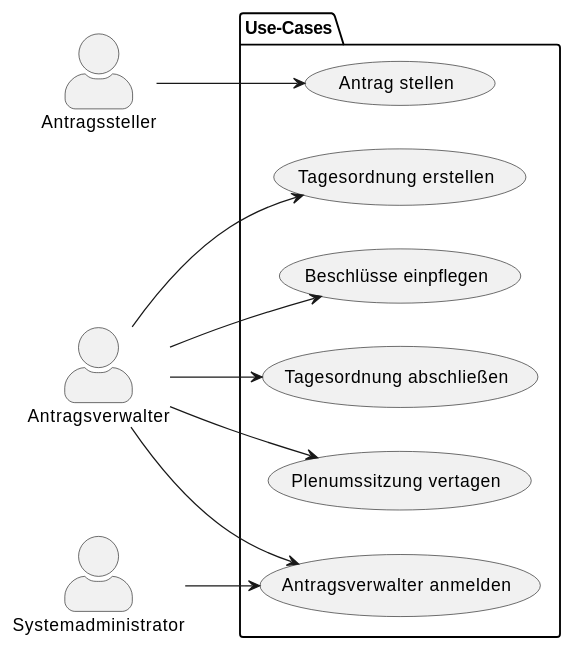
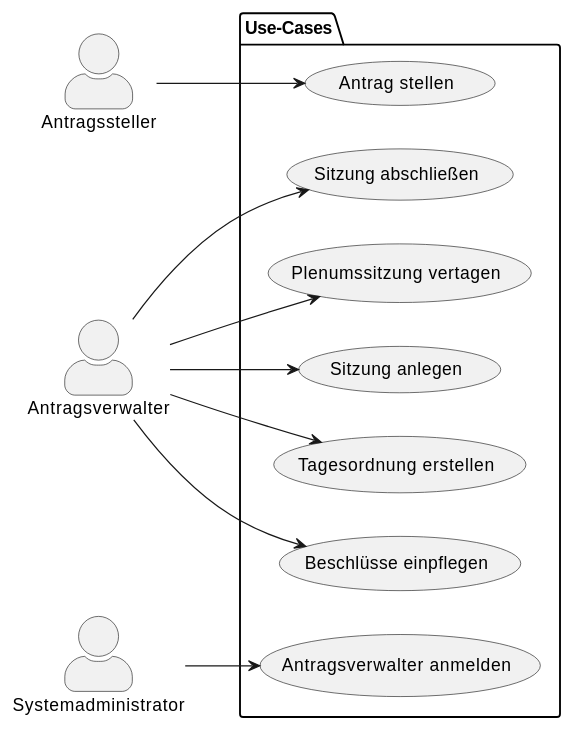
The diagram in docs_SE_II/Aktualisierte Anforderungsspezifikation/use-case_model.adoc (ABV-Tool/ABV_Tool), drawn with PlantUML before and after one commit. The commit also changed other lines of this file and 2 other files, not shown here.

```diff
--- a/docs_SE_II/Aktualisierte Anforderungsspezifikation/use-case_model.adoc
+++ b/docs_SE_II/Aktualisierte Anforderungsspezifikation/use-case_model.adoc
@@ -41,27 +43,31 @@
 [plantuml, "{diagramsdir}/use-case-diagramm", svg]
 ....
 @startuml
 left to right direction
 skinparam actorStyle awesome
 actor Antragssteller as AS
 actor Antragsverwalter as AV
 actor Systemadministrator as SA
 
+
 package Use-Cases {
     usecase "Antrag stellen" as UC1
+    usecase "Antragsverwalter anmelden" as UC5
+    usecase "Sitzung anlegen" as UC7
     usecase "Tagesordnung erstellen" as UC2
     usecase "Beschlüsse einpflegen" as UC6
-    usecase "Tagesordnung abschließen" as UC3
+    usecase "Sitzung abschließen" as UC3
     usecase "Plenumssitzung vertagen" as UC4
-    usecase "Antragsverwalter anmelden" as UC5
+    
+    
 }
 AS --> UC1
+AV --> UC7
 AV --> UC2
 AV --> UC6
 AV --> UC3
 AV --> UC4
-AV --> UC5
 SA --> UC5
 
 @enduml
 ....
```
